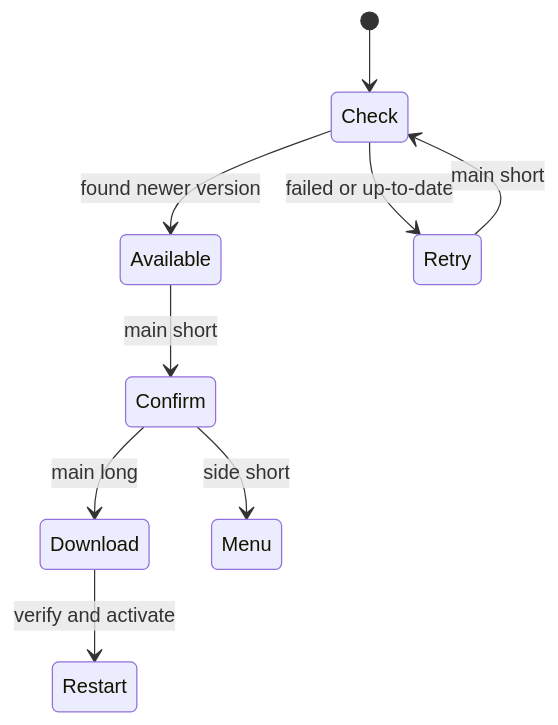
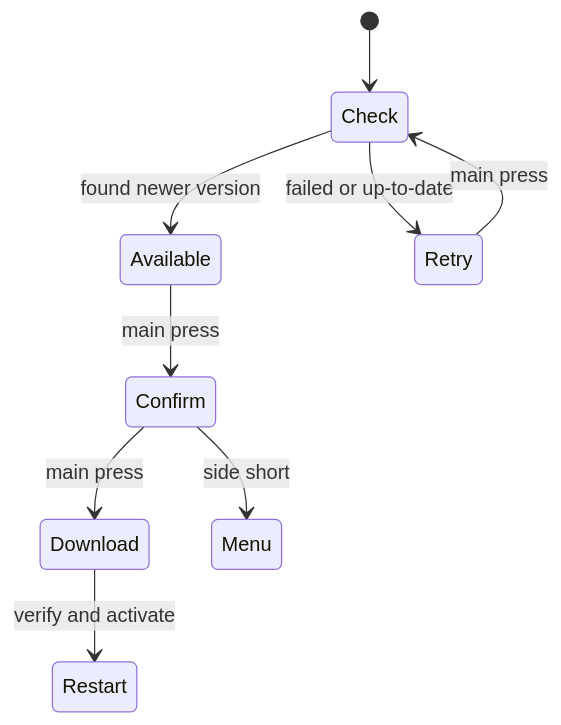
The third of 3 diagrams in components/app/screen/DOC/settings.md (qingmeijiupiao/Wireless_power_meter_pro_v2), drawn with Mermaid before and after one commit. The commit also changed other lines of this file and 30 other files, not shown here.

````diff
--- a/components/app/screen/DOC/settings.md
+++ b/components/app/screen/DOC/settings.md
@@ -47,11 +47,11 @@
 ```mermaid
 stateDiagram-v2
     [*] --> Check
     Check --> Available: found newer version
-    Available --> Confirm: main short
-    Confirm --> Download: main long
+    Available --> Confirm: main press
+    Confirm --> Download: main press
     Confirm --> Menu: side short
     Download --> Restart: verify and activate
     Check --> Retry: failed or up-to-date
-    Retry --> Check: main short
+    Retry --> Check: main press
 ```
````
